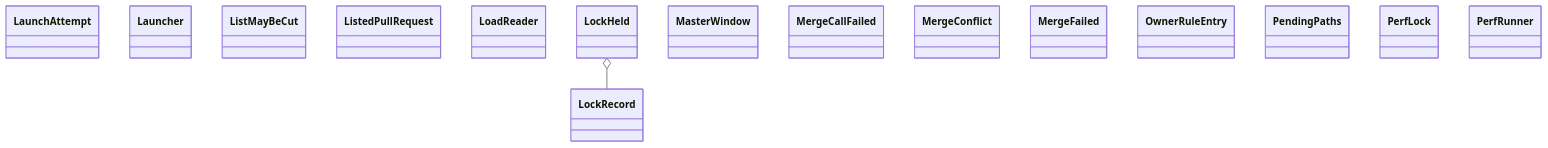
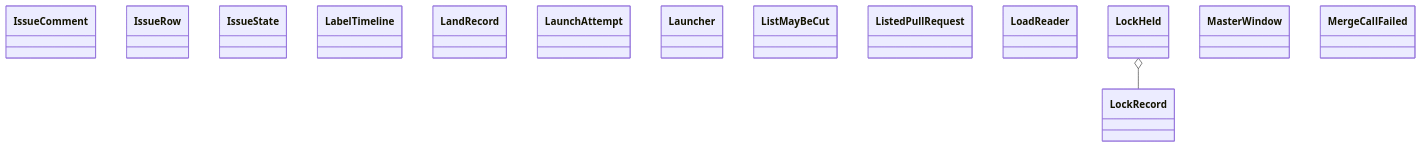
Before and after one commit to GonzaloZevallos/agentic-system: the diagram in docs/architecture/generated/classes-process-application-support-4.md, drawn with Mermaid. The commit also changed other lines of this file and 58 other files, not shown here.

Commit message:
Docs: regenerate the architecture pages for the board_schema module

````diff
--- a/docs/architecture/generated/classes-process-application-support-4.md
+++ b/docs/architecture/generated/classes-process-application-support-4.md
@@ -20,19 +21,18 @@
 ```mermaid
 classDiagram
+    class ports__IssueComment["IssueComment"]
+    class ports__IssueRow["IssueRow"]
+    class ports__IssueState["IssueState"]
+    class ports__LabelTimeline["LabelTimeline"]
+    class ports__LandRecord["LandRecord"]
     class ports__LaunchAttempt["LaunchAttempt"]
     class ports__Launcher["Launcher"]
     class ports__ListMayBeCut["ListMayBeCut"]
     class ports__ListedPullRequest["ListedPullRequest"]
     class ports__LoadReader["LoadReader"]
     class ports__LockHeld["LockHeld"]
     class ports__LockRecord["LockRecord"]
     class ports__MasterWindow["MasterWindow"]
     class ports__MergeCallFailed["MergeCallFailed"]
-    class ports__MergeConflict["MergeConflict"]
-    class ports__MergeFailed["MergeFailed"]
-    class ports__OwnerRuleEntry["OwnerRuleEntry"]
-    class ports__PendingPaths["PendingPaths"]
-    class ports__PerfLock["PerfLock"]
-    class ports__PerfRunner["PerfRunner"]
     ports__LockHeld o-- ports__LockRecord
 ```
````
